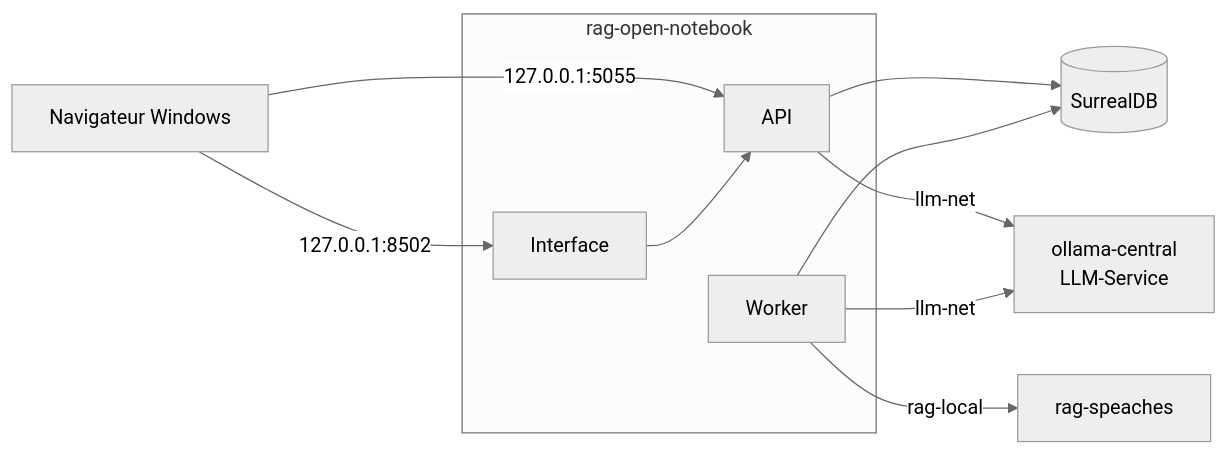
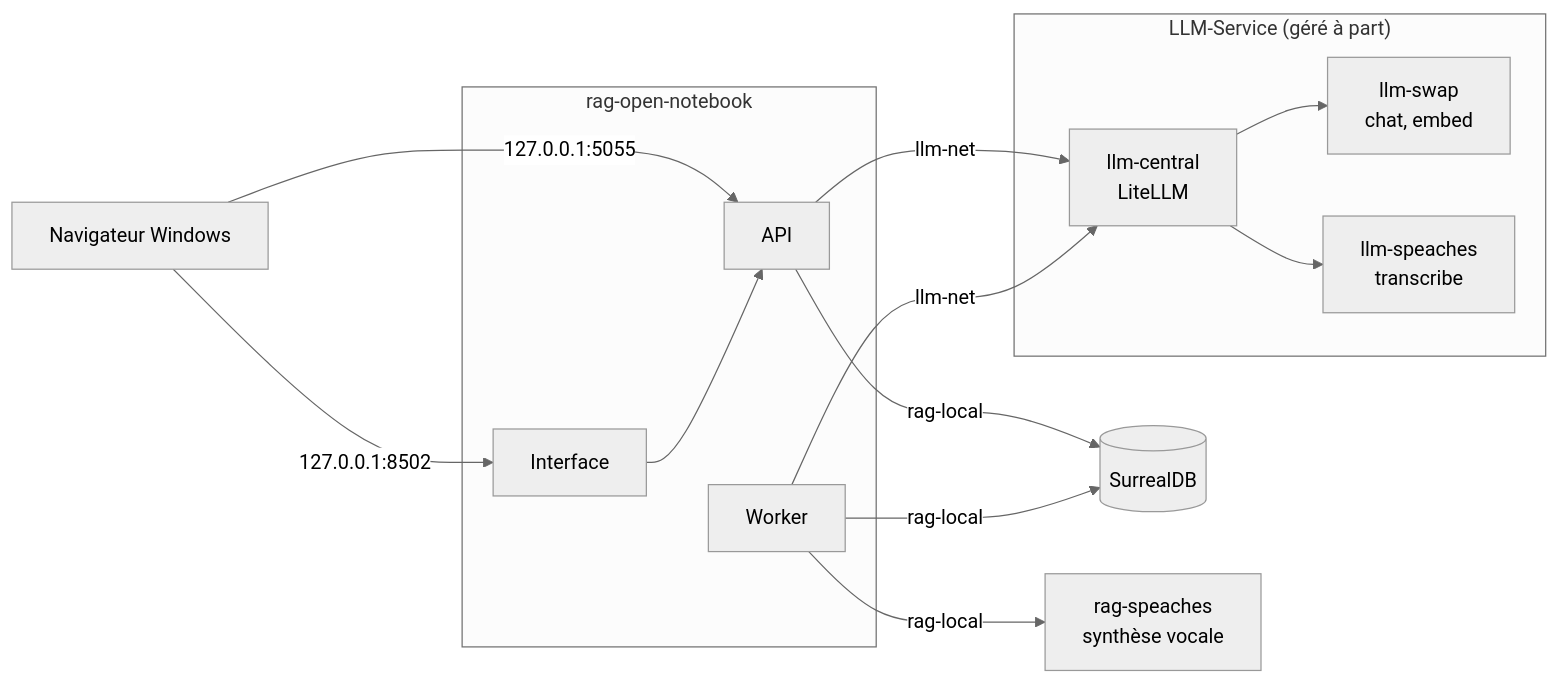
Before and after one commit to floSa/Open-Notebook-Test-Bench: the diagram in README.md, drawn with Mermaid (neutral theme). The commit also changed other lines of this file and 1 other file, not shown here.

````diff
--- a/README.md
+++ b/README.md
@@ -49,14 +61,18 @@
 ```mermaid
 flowchart LR
   nav[Navigateur Windows] -->|127.0.0.1:8502| ui[Interface]
   nav -->|127.0.0.1:5055| api[API]
   subgraph app["rag-open-notebook"]
     ui --> api
     worker[Worker]
   end
-  api --> db[(SurrealDB)]
-  worker --> db
-  api -->|llm-net| llm[ollama-central<br/>LLM-Service]
-  worker -->|llm-net| llm
-  worker -->|rag-local| voix[rag-speaches]
+  api -->|rag-local| db[(SurrealDB)]
+  worker -->|rag-local| db
+  worker -->|rag-local| voix[rag-speaches<br/>synthèse vocale]
+  api -->|llm-net| central[llm-central<br/>LiteLLM]
+  worker -->|llm-net| central
+  subgraph llm["LLM-Service (géré à part)"]
+    central --> swap[llm-swap<br/>chat, embed]
+    central --> stt[llm-speaches<br/>transcribe]
+  end
 ```
````
